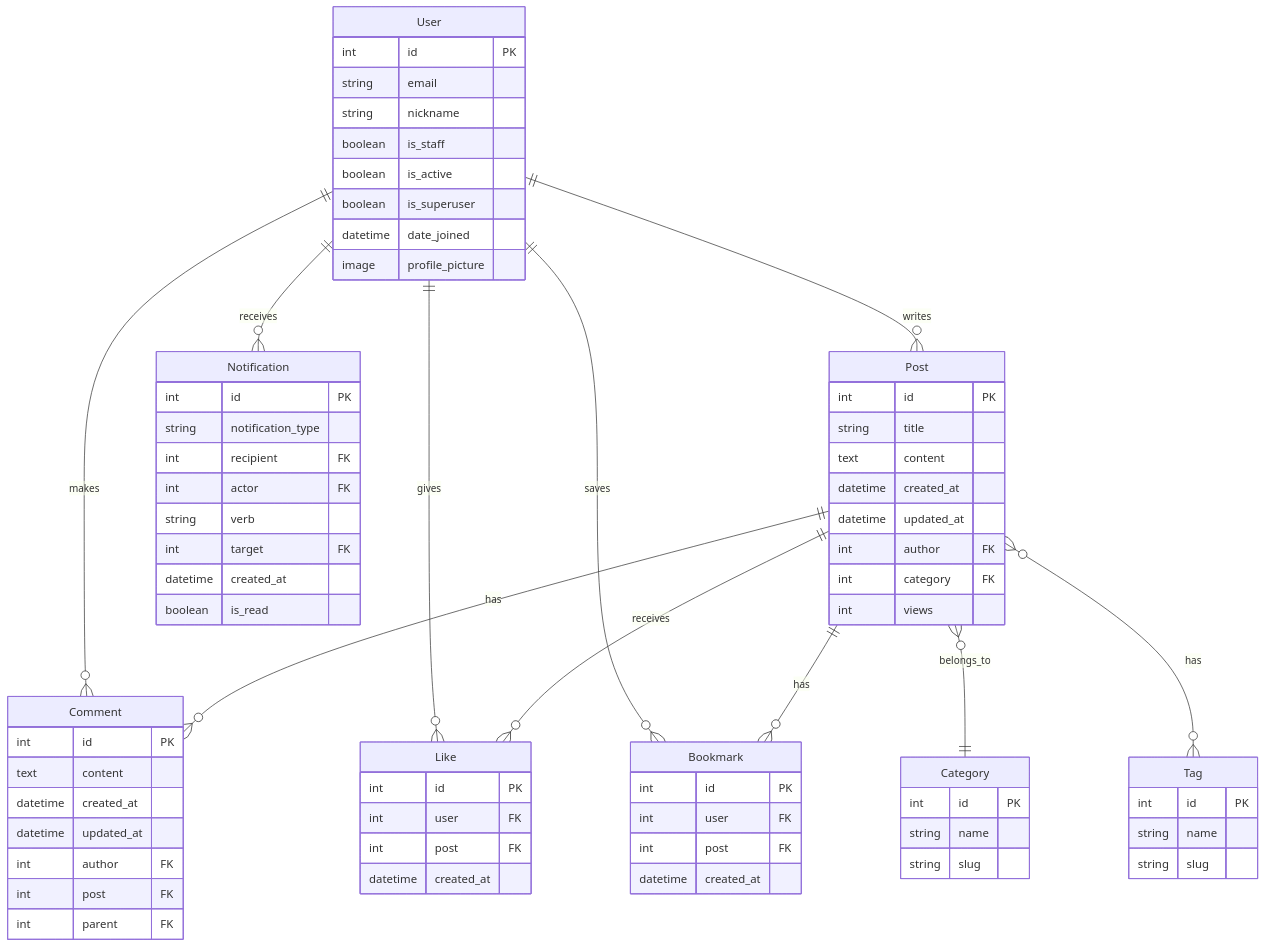
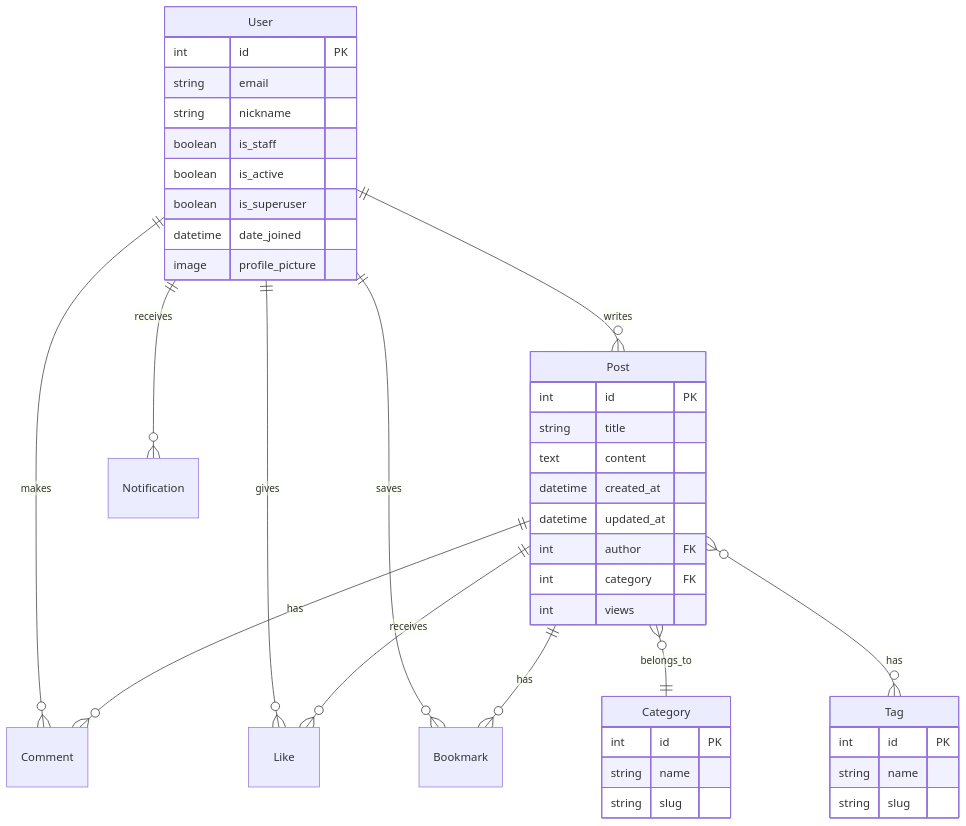
Before and after one commit to Yoo117/Practice-Repository: the second of 2 diagrams in README.md, drawn with Mermaid. The commit also changed other lines of this file, not shown here.

````diff
--- a/README.md
+++ b/README.md
@@ -96,82 +195,83 @@
 ```mermaid
 erDiagram
     User ||--o{ Post : writes
     User ||--o{ Comment : makes
     User ||--o{ Like : gives
     User ||--o{ Bookmark : saves
     User ||--o{ Notification : receives
     Post ||--o{ Comment : has
     Post ||--o{ Like : receives
     Post ||--o{ Bookmark : has
     Post }o--|| Category : belongs_to
     Post }o--o{ Tag : has
 
     User {
         int id PK
         string email
         string nickname
         boolean is_staff
         boolean is_active
         boolean is_superuser
         datetime date_joined
         image profile_picture
     }
 
     Post {
         int id PK
         string title
         text content
         datetime created_at
         datetime updated_at
         int author FK
         int category FK
         int views
     }
 
     Category {
         int id PK
         string name
         string slug
     }
 
-    Comment {
-        int id PK
-        text content
-        datetime created_at
-        datetime updated_at
-        int author FK
-        int post FK
-        int parent FK
-    }
+    %% Comment {
+    %%     int id PK
+    %%     text content
+    %%     datetime created_at
+    %%     datetime updated_at
+    %%     int author FK
+    %%     int post FK
+    %%     int parent FK
+    %% }
 
-    Like {
-        int id PK
-        int user FK
-        int post FK
-        datetime created_at
-    }
+    %% Like {
+    %%     int id PK
+    %%     int user FK
+    %%     int post FK
+    %%     datetime created_at
+    %% }
 
-    Bookmark {
-        int id PK
-        int user FK
-        int post FK
-        datetime created_at
-    }
+    %% Bookmark {
+    %%     int id PK
+    %%     int user FK
+    %%     int post FK
+    %%     datetime created_at
+    %% }
 
-    Notification {
-        int id PK
-        string notification_type
-        int recipient FK
-        int actor FK
-        string verb
-        int target FK
-        datetime created_at
-        boolean is_read
-    }
+    %% Notification {
+    %%     int id PK
+    %%     string notification_type
+    %%     int recipient FK
+    %%     int actor FK
+    %%     string verb
+    %%     int target FK
+    %%     datetime created_at
+    %%     boolean is_read
+    %% }
 
     Tag {
         int id PK
         string name
         string slug
     }
+
 ```
````
